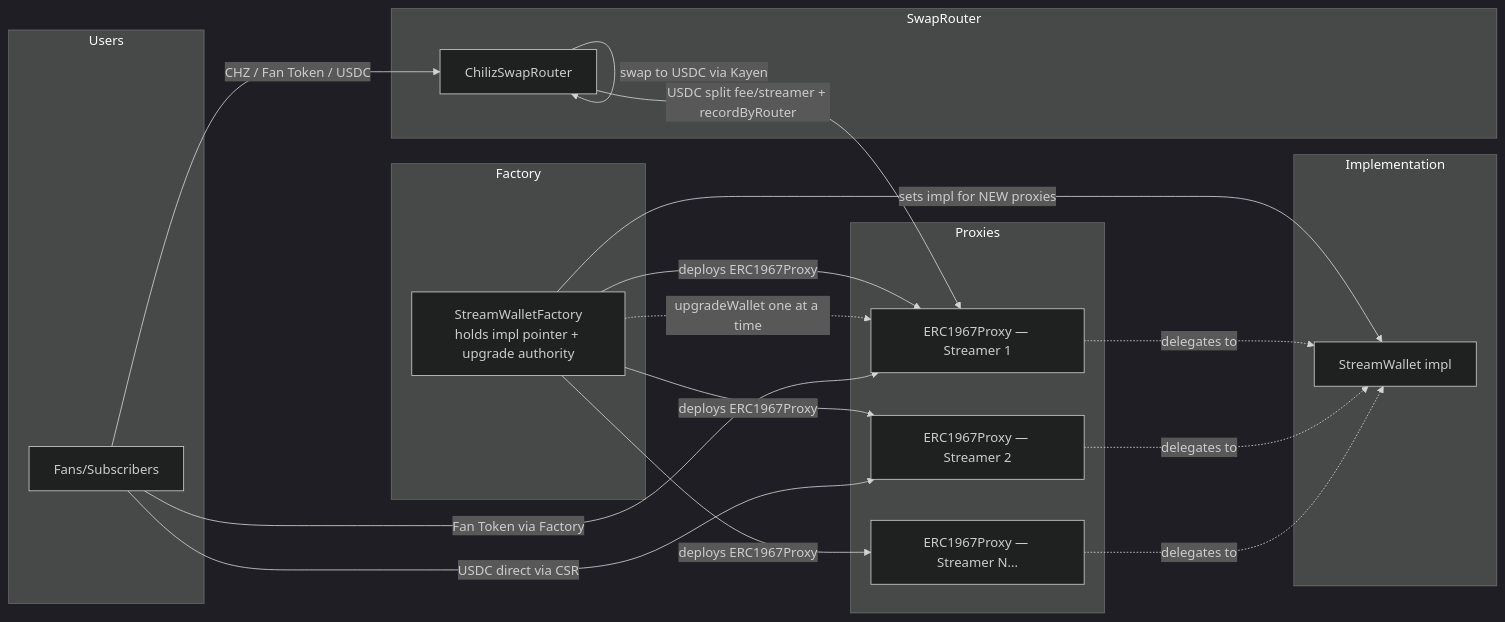
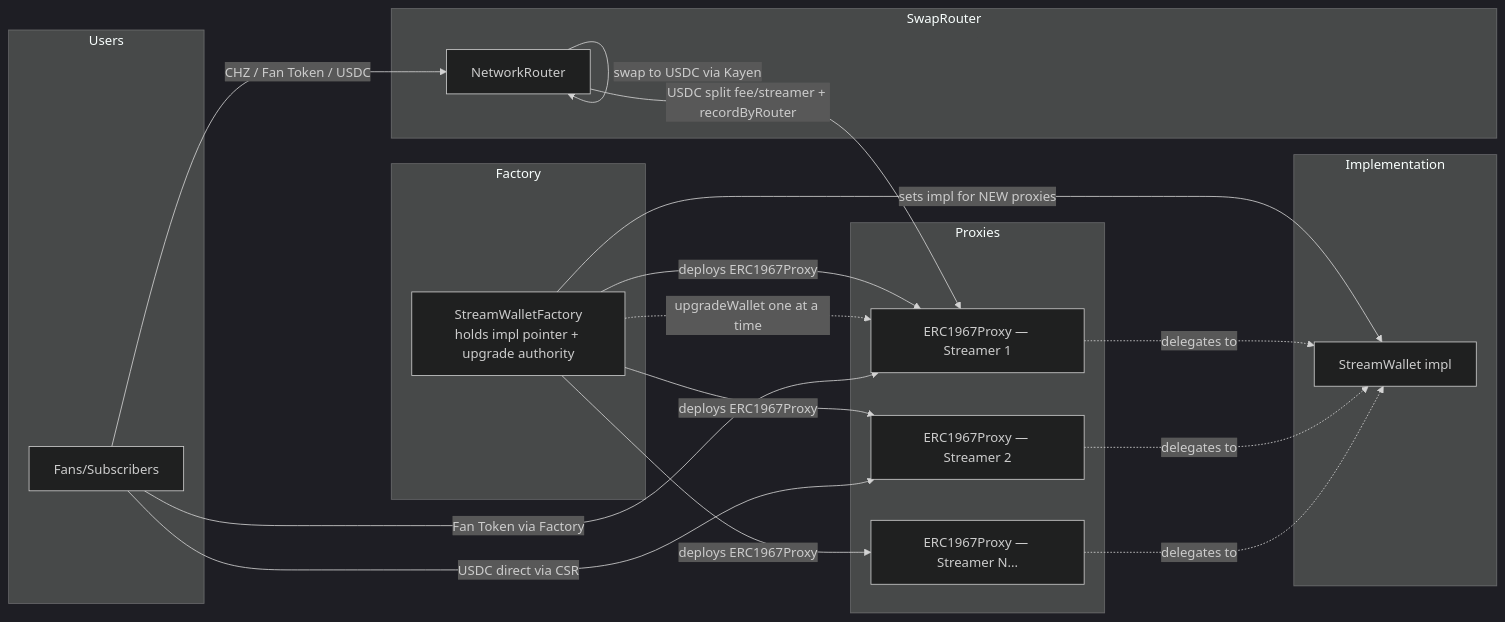
One commit to PredCast/predcast.tv changed the second of 2 diagrams in apps/smart-contracts/chiliz-tv/README.md. Above: the diagram before and after it, drawn with Mermaid (dark theme). The commit also changed other lines of this file and 23 other files, not shown here.

First line of the commit message:
refactor(contracts): rename ChilizSwapRouter to NetworkRouter

````diff
--- a/apps/smart-contracts/chiliz-tv/README.md
+++ b/apps/smart-contracts/chiliz-tv/README.md
@@ -119,40 +119,40 @@
 ```mermaid
 flowchart LR
     subgraph Factory
         SWF[StreamWalletFactory<br/>holds impl pointer + upgrade authority]
     end
 
     subgraph SwapRouter
-        CSR[ChilizSwapRouter]
+        CSR[NetworkRouter]
     end
 
     subgraph Implementation
         SW[StreamWallet impl]
     end
 
     subgraph Proxies
         W1[ERC1967Proxy — Streamer 1]
         W2[ERC1967Proxy — Streamer 2]
         W3[ERC1967Proxy — Streamer N...]
     end
 
     subgraph Users
         FANS[Fans/Subscribers]
     end
 
     SWF -->|sets impl for NEW proxies| SW
     SWF -->|deploys ERC1967Proxy| W1
     SWF -->|deploys ERC1967Proxy| W2
     SWF -->|deploys ERC1967Proxy| W3
     SWF -.->|upgradeWallet one at a time| W1
 
     W1 -.->|delegates to| SW
     W2 -.->|delegates to| SW
     W3 -.->|delegates to| SW
 
     FANS -->|CHZ / Fan Token / USDC| CSR
     CSR -->|swap to USDC via Kayen| CSR
     CSR -->|USDC split fee/streamer + recordByRouter| W1
     FANS -->|USDC direct via CSR| W2
     FANS -->|Fan Token via Factory| W1
 ```
````
